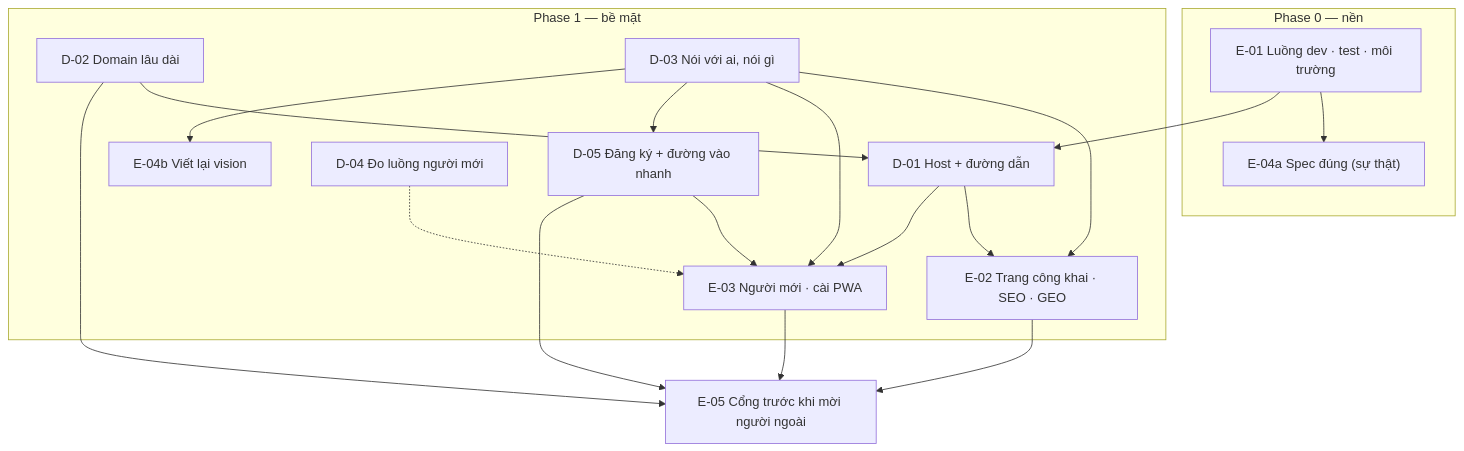
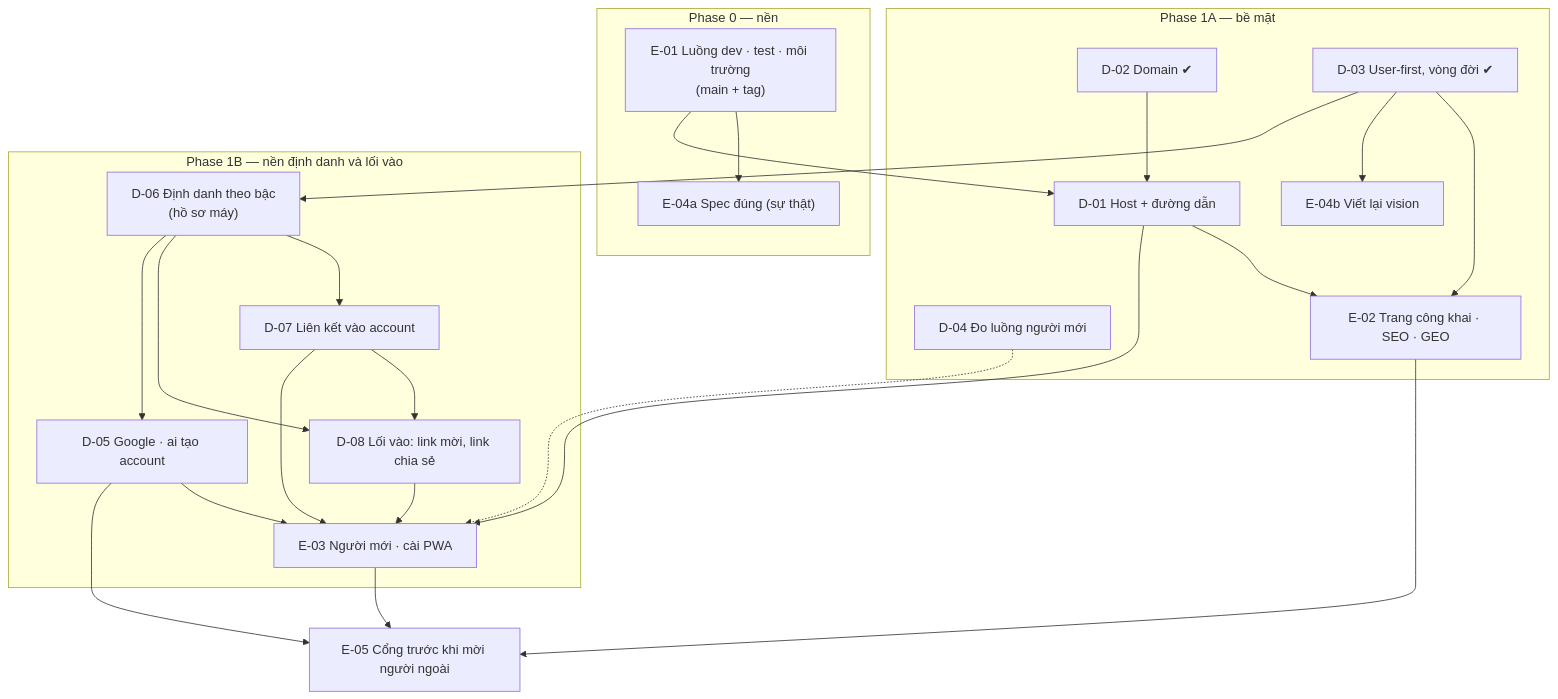
Before and after one commit to vinh466/tohe-play: the diagram in plans/product-surface/map.md, drawn with Mermaid. The commit also changed other lines of this file and 18 other files, not shown here.

````diff
--- a/plans/product-surface/map.md
+++ b/plans/product-surface/map.md
@@ -6,34 +6,43 @@
 ```mermaid
 flowchart TD
   subgraph P0 ["Phase 0 — nền"]
-    E01["E-01 Luồng dev · test · môi trường"]
+    E01["E-01 Luồng dev · test · môi trường<br/>(main + tag)"]
     E04a["E-04a Spec đúng (sự thật)"]
   end
-  subgraph P1 ["Phase 1 — bề mặt"]
-    D02["D-02 Domain lâu dài"]
+  subgraph P1A ["Phase 1A — bề mặt"]
+    D02["D-02 Domain ✔"]
+    D03["D-03 User-first, vòng đời ✔"]
     D01["D-01 Host + đường dẫn"]
-    D03["D-03 Nói với ai, nói gì"]
-    D05["D-05 Đăng ký + đường vào nhanh"]
     D04["D-04 Đo luồng người mới"]
     E02["E-02 Trang công khai · SEO · GEO"]
+    E04b["E-04b Viết lại vision"]
+  end
+  subgraph P1B ["Phase 1B — nền định danh và lối vào"]
+    D06["D-06 Định danh theo bậc<br/>(hồ sơ máy)"]
+    D07["D-07 Liên kết vào account"]
+    D08["D-08 Lối vào: link mời, link chia sẻ"]
+    D05["D-05 Google · ai tạo account"]
     E03["E-03 Người mới · cài PWA"]
-    E04b["E-04b Viết lại vision"]
   end
   E05["E-05 Cổng trước khi mời người ngoài"]
 
   E01 --> E04a
   E01 --> D01
   D02 --> D01
   D01 --> E02
   D01 --> E03
   D03 --> E02
-  D03 --> E03
-  D03 --> D05
   D03 --> E04b
+  D03 --> D06
+  D06 --> D07
+  D06 --> D08
+  D07 --> D08
+  D06 --> D05
   D05 --> E03
+  D07 --> E03
+  D08 --> E03
   D04 -.-> E03
   E02 --> E05
   E03 --> E05
-  D02 --> E05
   D05 --> E05
 ```
````
